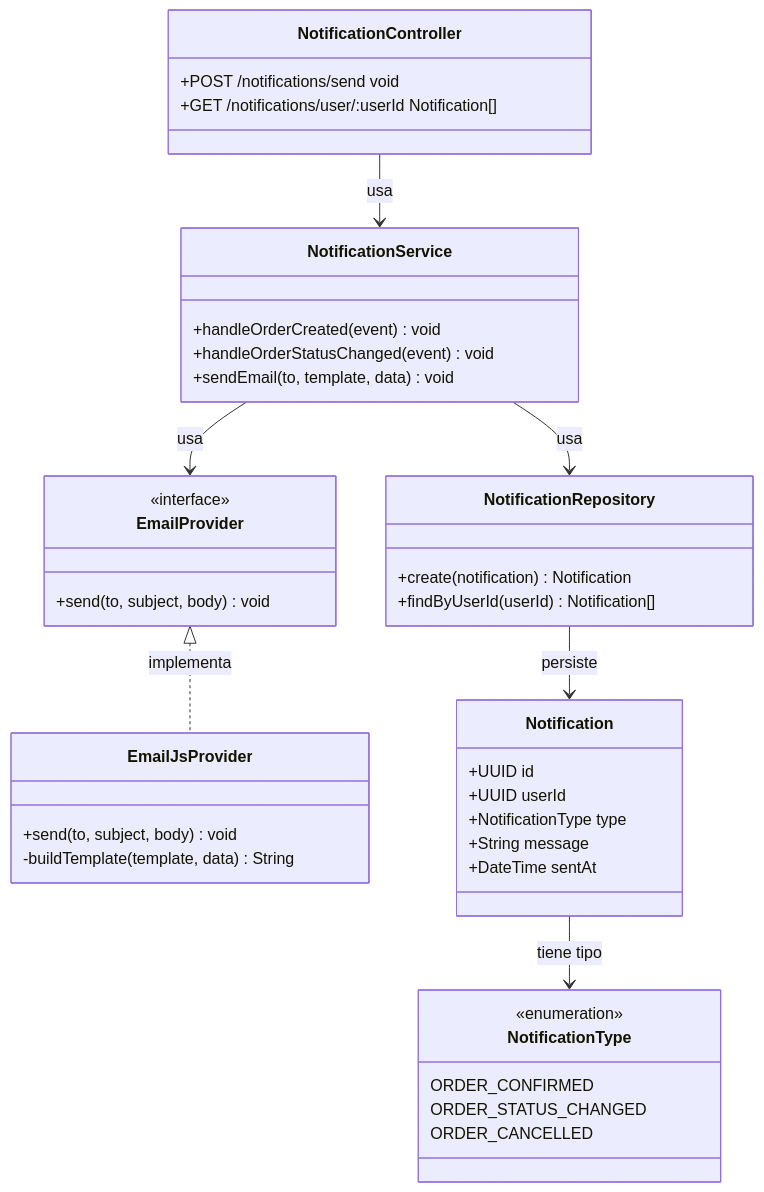
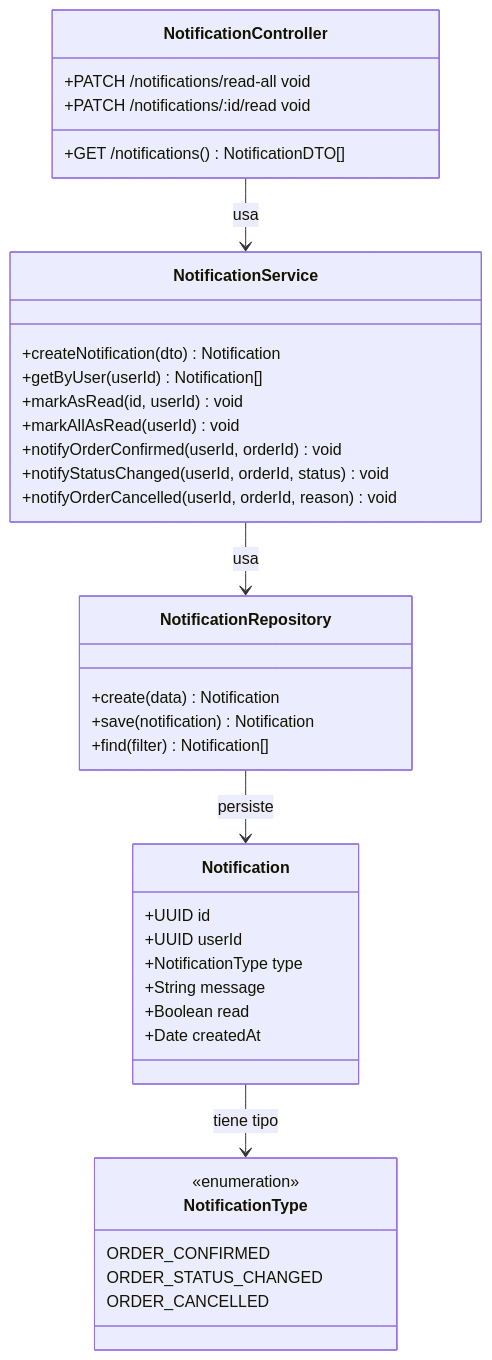
Before and after one commit to holyusm/INF-301-WWW: the tenth of 12 diagrams in BackEnd-Arquitectura.md, drawn with Mermaid. The commit also changed other lines of this file, not shown here.

````diff
--- a/BackEnd-Arquitectura.md
+++ b/BackEnd-Arquitectura.md
@@ -686,50 +693,45 @@
 ```mermaid
 classDiagram
     class NotificationController {
-        +POST /notifications/send void
-        +GET /notifications/user/:userId Notification[]
+        +GET /notifications() NotificationDTO[]
+        +PATCH /notifications/read-all void
+        +PATCH /notifications/:id/read void
     }
 
     class NotificationService {
-        +handleOrderCreated(event) void
-        +handleOrderStatusChanged(event) void
-        +sendEmail(to, template, data) void
+        +createNotification(dto) Notification
+        +getByUser(userId) Notification[]
+        +markAsRead(id, userId) void
+        +markAllAsRead(userId) void
+        +notifyOrderConfirmed(userId, orderId) void
+        +notifyStatusChanged(userId, orderId, status) void
+        +notifyOrderCancelled(userId, orderId, reason) void
     }
 
     class NotificationRepository {
-        +create(notification) Notification
-        +findByUserId(userId) Notification[]
-    }
-
-    class EmailProvider {
-        <<interface>>
-        +send(to, subject, body) void
-    }
-
-    class EmailJsProvider {
-        +send(to, subject, body) void
-        -buildTemplate(template, data) String
+        +create(data) Notification
+        +save(notification) Notification
+        +find(filter) Notification[]
     }
 
     class Notification {
         +UUID id
         +UUID userId
         +NotificationType type
         +String message
-        +DateTime sentAt
+        +Boolean read
+        +Date createdAt
     }
 
     class NotificationType {
         <<enumeration>>
         ORDER_CONFIRMED
         ORDER_STATUS_CHANGED
         ORDER_CANCELLED
     }
 
     NotificationController --> NotificationService : usa
     NotificationService --> NotificationRepository : usa
-    NotificationService --> EmailProvider : usa
-    EmailProvider <|.. EmailJsProvider : implementa
     NotificationRepository --> Notification : persiste
     Notification --> NotificationType : tiene tipo
 ```
````
